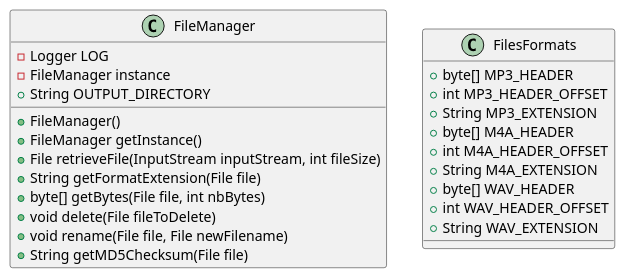
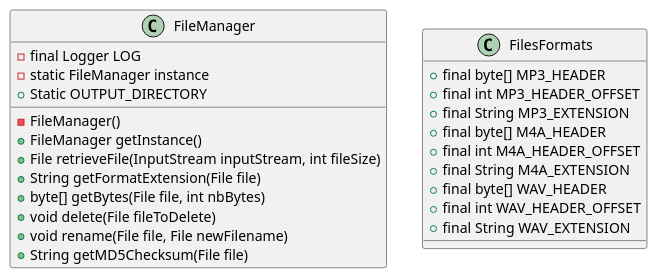
The diagram in doc/PRO/Diagramme_UMLs/File.puml (heig-vd-pro2017/projet), drawn with PlantUML before and after one commit. The commit also changed 6 other files, not shown here.

Commit message:
diagramm all package

```diff
--- a/doc/PRO/Diagramme_UMLs/File.puml
+++ b/doc/PRO/Diagramme_UMLs/File.puml
@@ -1,36 +1,36 @@
 @startuml
 
 
 class FileManager{
-- Logger LOG
-- FileManager instance
-+ String OUTPUT_DIRECTORY
+- final Logger LOG
+- static FileManager instance
++ Static OUTPUT_DIRECTORY
 
-+FileManager()
+-FileManager()
 +FileManager getInstance()
 +File retrieveFile(InputStream inputStream, int fileSize)
 +String getFormatExtension(File file)
 +byte[] getBytes(File file, int nbBytes)
 +void delete(File fileToDelete)
 +void rename(File file, File newFilename)
 +String getMD5Checksum(File file)
 }
 
 class FilesFormats{
 
-+byte[] MP3_HEADER
-+int MP3_HEADER_OFFSET
-+String MP3_EXTENSION
-+byte[] M4A_HEADER
-+int M4A_HEADER_OFFSET
-+String M4A_EXTENSION
-+ byte[] WAV_HEADER
-+int WAV_HEADER_OFFSET
-+String WAV_EXTENSION
++final byte[] MP3_HEADER
++final int MP3_HEADER_OFFSET
++final String MP3_EXTENSION
++final byte[] M4A_HEADER
++final int M4A_HEADER_OFFSET
++final String M4A_EXTENSION
++ final byte[] WAV_HEADER
++final int WAV_HEADER_OFFSET
++final String WAV_EXTENSION
 
 }
 
 
 
 
 @enduml
```
